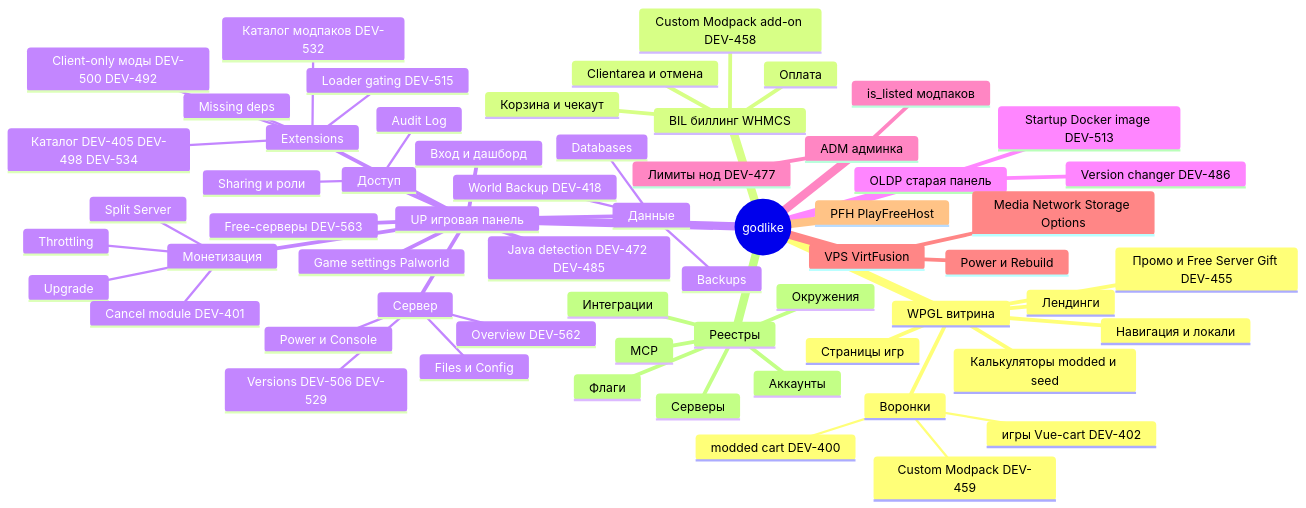
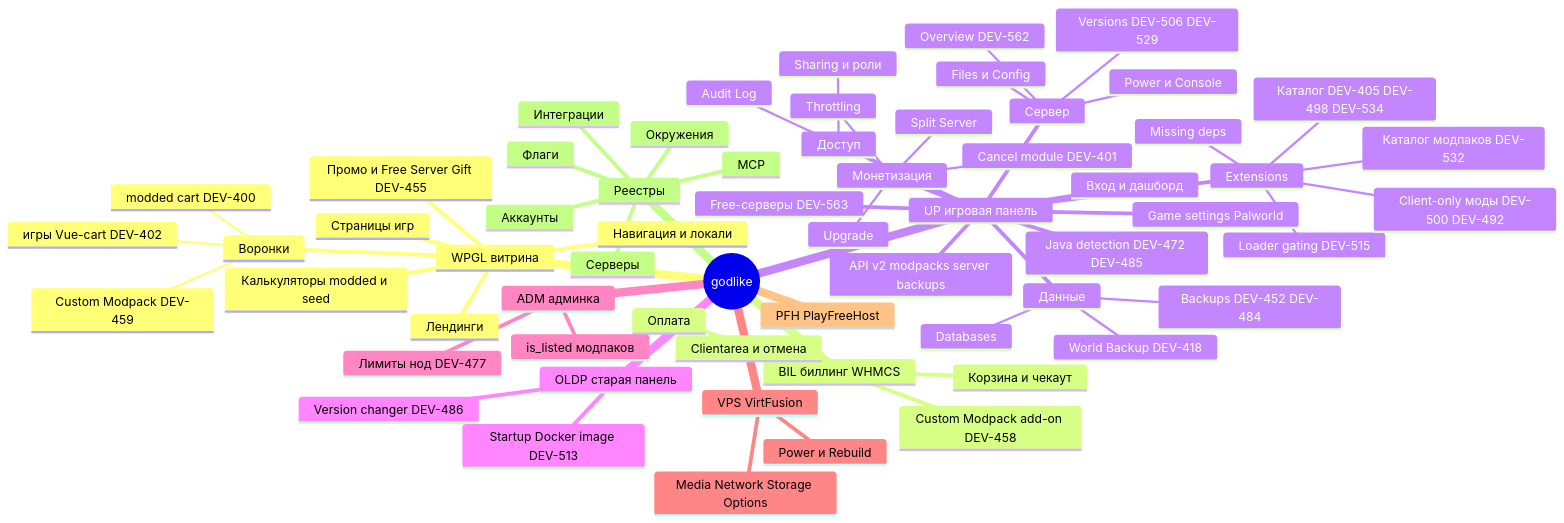
Before and after one commit to rhetalo/e2e_godlike: the diagram in kb/map.md, drawn with Mermaid. The commit also changed other lines of this file and 14 other files, not shown here.

First line of the commit message:
docs(kb): API-раздел UP (modpacks, server, backups) + карточки DEV-452/DEV-484

````diff
--- a/kb/map.md
+++ b/kb/map.md
@@ -28,64 +28,65 @@
 ```mermaid
 mindmap
   root((godlike))
     WPGL витрина
       Навигация и локали
       Страницы игр
       Калькуляторы modded и seed
       Воронки
         modded cart DEV-400
         игры Vue-cart DEV-402
         Custom Modpack DEV-459
       Лендинги
       Промо и Free Server Gift DEV-455
     BIL биллинг WHMCS
       Корзина и чекаут
       Оплата
       Clientarea и отмена
       Custom Modpack add-on DEV-458
     UP игровая панель
       Вход и дашборд
+      API v2 modpacks server backups
       Сервер
         Overview DEV-562
         Power и Console
         Files и Config
         Versions DEV-506 DEV-529
       Extensions
         Каталог DEV-405 DEV-498 DEV-534
         Loader gating DEV-515
         Client-only моды DEV-500 DEV-492
         Каталог модпаков DEV-532
         Missing deps
       Java detection DEV-472 DEV-485
       Доступ
         Sharing и роли
         Audit Log
       Данные
-        Backups
+        Backups DEV-452 DEV-484
         World Backup DEV-418
         Databases
       Монетизация
         Upgrade
         Throttling
         Cancel module DEV-401
         Split Server
       Free-серверы DEV-563
       Game settings Palworld
     OLDP старая панель
       Version changer DEV-486
       Startup Docker image DEV-513
     ADM админка
       Лимиты нод DEV-477
       is_listed модпаков
     VPS VirtFusion
       Power и Rebuild
       Media Network Storage Options
     PFH PlayFreeHost
     Реестры
       Окружения
       Аккаунты
       Серверы
       Флаги
       Интеграции
       MCP
 ```
````
